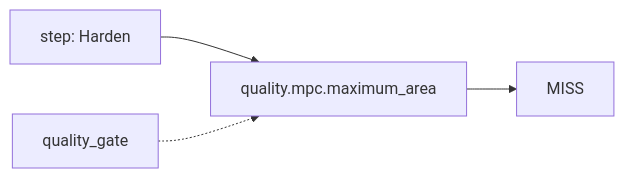
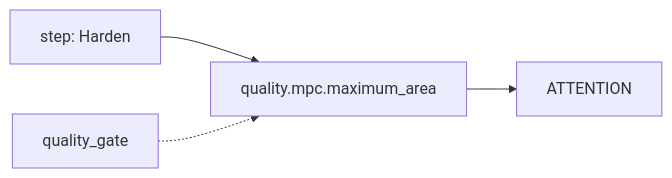
Before and after one commit to openecos-projects/ecc: diagram 18 of 56 in .github/signoff-board/signoff-kanban.md, drawn with Mermaid. The commit also changed other lines of this file and 1 other file, not shown here.

````diff
--- a/.github/signoff-board/signoff-kanban.md
+++ b/.github/signoff-board/signoff-kanban.md
@@ -483,6 +493,6 @@
 ```mermaid
 flowchart LR
   step_quality_mpc_maximum_area["step: Harden"] --> metric_quality_mpc_maximum_area["quality.mpc.maximum_area"]
-  metric_quality_mpc_maximum_area --> state_quality_mpc_maximum_area["MISS"]
+  metric_quality_mpc_maximum_area --> state_quality_mpc_maximum_area["ATTENTION"]
   cat_quality_mpc_maximum_area["quality_gate"] -.-> metric_quality_mpc_maximum_area
 ```
````
